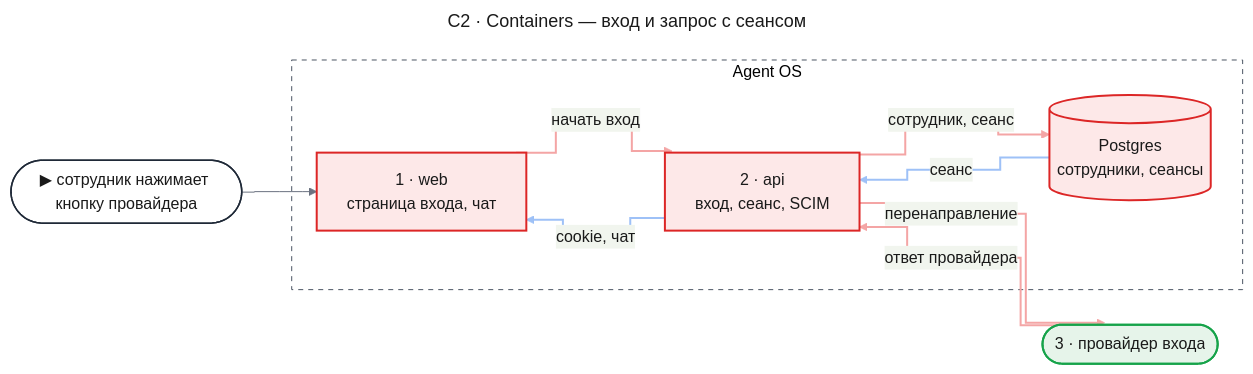
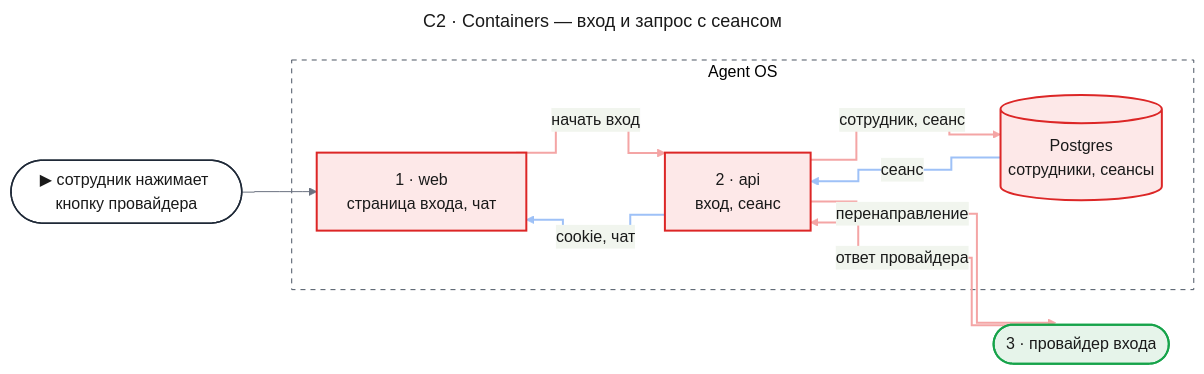
One commit to tundraray/agent-os changed the second of 9 diagrams in docs/features/enterprise-access/design-identity.md. Above: the diagram before and after it, drawn with Mermaid. The commit also changed other lines of this file and 6 other files, not shown here.

````diff
--- a/docs/features/enterprise-access/design-identity.md
+++ b/docs/features/enterprise-access/design-identity.md
@@ -268,53 +248,53 @@
 ```mermaid
 ---
 title: "C2 · Containers — вход и запрос с сеансом"
 config:
   theme: base
   look: classic
   themeVariables:
     primaryColor: "#eef1f5"
     primaryBorderColor: "#4b5563"
     primaryTextColor: "#1a1a1a"
     lineColor: "#6b7280"
   flowchart:
     curve: step
   themeCSS: |
     @keyframes lit_c2{0%,15%{stroke:#991b1b;stroke-width:6px}16.67%,100%{stroke:#f4a5a5;stroke-width:2px}}
     @keyframes litr_c2{0%,15%{stroke:#1d4ed8;stroke-width:6px}16.67%,100%{stroke:#9ec1f7;stroke-width:2px}}
 ---
 flowchart LR
     entry(["▶ сотрудник нажимает кнопку провайдера"])
     subgraph aos["Agent OS"]
         web["1 · web<br/>страница входа, чат"]
-        api["2 · api<br/>вход, сеанс, SCIM"]
+        api["2 · api<br/>вход, сеанс"]
         db[("Postgres<br/>сотрудники, сеансы")]
     end
     idp(["3 · провайдер входа"])
     entry --> web
     web e1@-->|"начать вход"| api
     api e2@-->|"перенаправление"| idp
     idp e3@-->|"ответ провайдера"| api
     api e4@-->|"сотрудник, сеанс"| db
     db e5@-->|"сеанс"| api
     api e6@-->|"cookie, чат"| web
     classDef entry fill:#ffffff,stroke:#1f2937,stroke-width:1.5px,color:#1a1a1a
     classDef changed fill:#fde8e8,stroke:#dc2626,stroke-width:2px,color:#1a1a1a
     classDef new fill:#e6f4ea,stroke:#16a34a,stroke-width:2px,color:#1a1a1a
     classDef unchanged fill:#eef1f5,stroke:#4b5563,stroke-width:1.5px,color:#1a1a1a
     classDef w1 stroke:#f4a5a5,stroke-width:2px,animation:lit_c2 7.2s linear 0s infinite
     classDef w2 stroke:#f4a5a5,stroke-width:2px,animation:lit_c2 7.2s linear 1.2s infinite
     classDef w3 stroke:#f4a5a5,stroke-width:2px,animation:lit_c2 7.2s linear 2.4s infinite
     classDef w4 stroke:#f4a5a5,stroke-width:2px,animation:lit_c2 7.2s linear 3.6s infinite
     classDef r1 stroke:#9ec1f7,stroke-width:2px,animation:litr_c2 7.2s linear 4.8s infinite
     classDef r2 stroke:#9ec1f7,stroke-width:2px,animation:litr_c2 7.2s linear 6s infinite
     class entry entry
     class web,api,db changed
     class idp new
     class e1 w1
     class e2 w2
     class e3 w3
     class e4 w4
     class e5 r1
     class e6 r2
     style aos fill:none,stroke:#4b5563,stroke-dasharray:5 5
 ```
````
